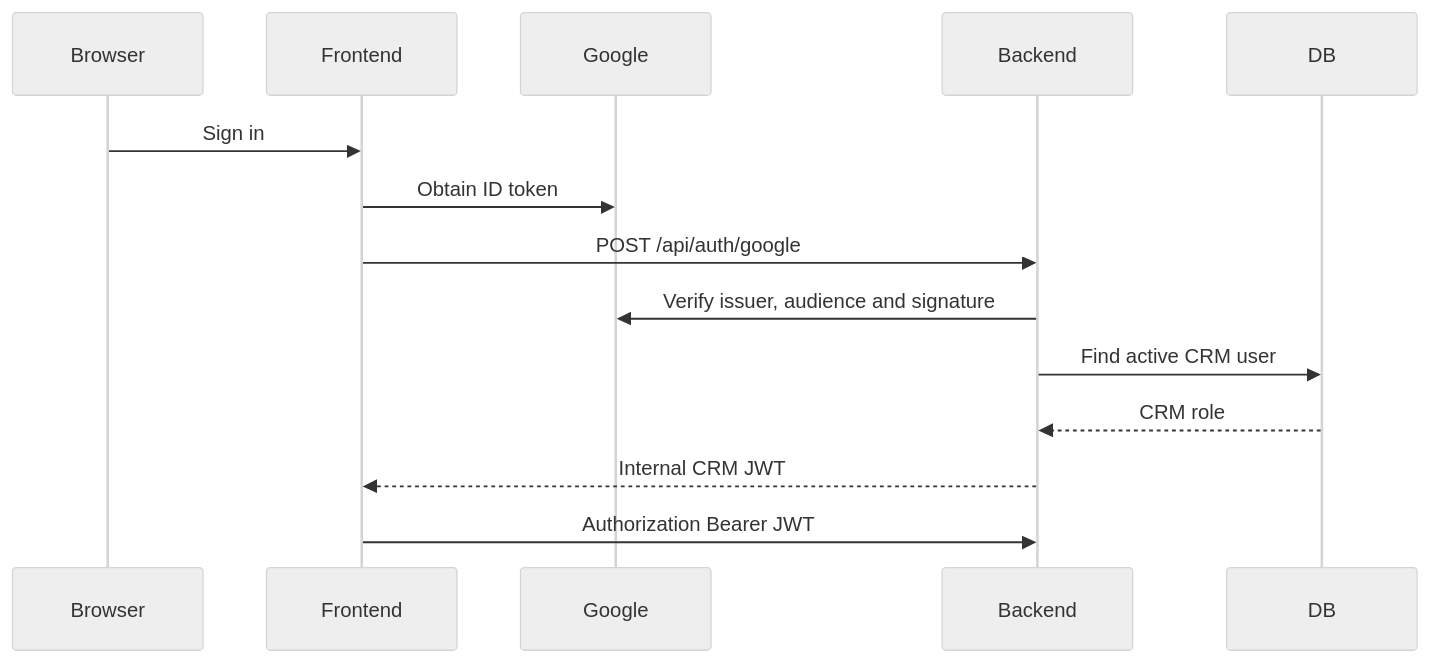
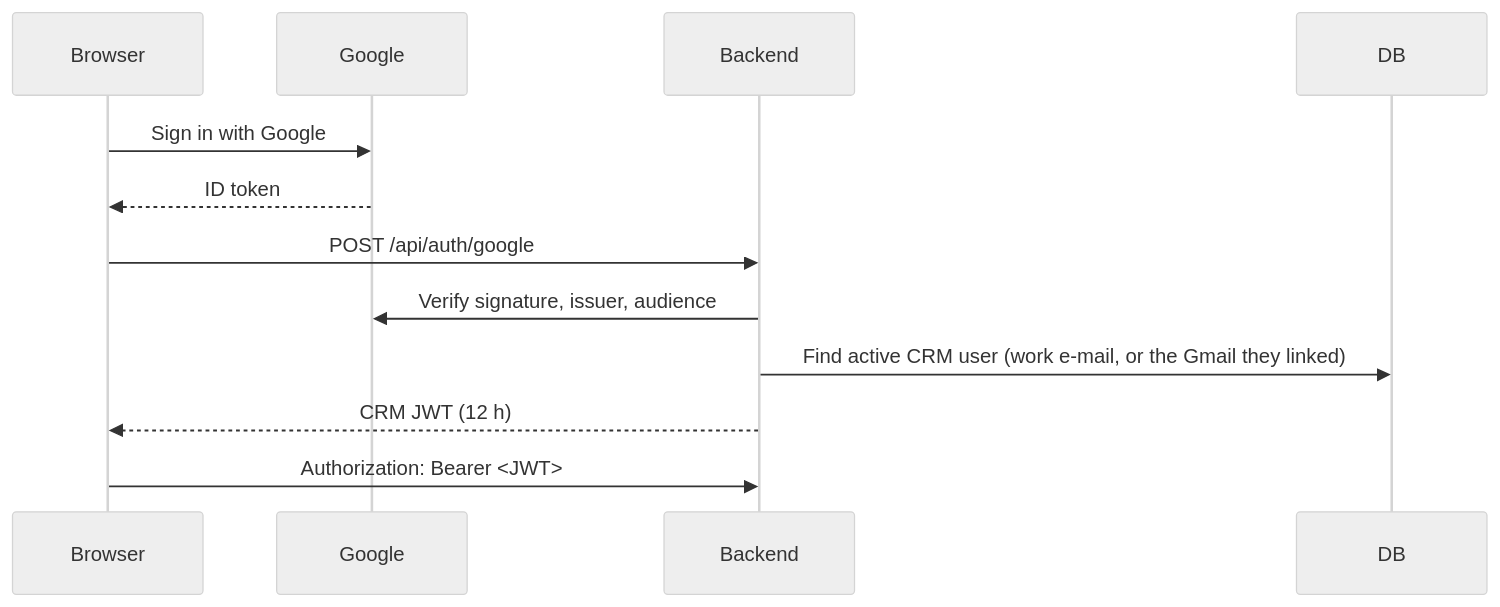
One commit to Isodynamicakash/Crm_Prosperr_backend changed the third of 7 diagrams in README.md. Above: the diagram before and after it, drawn with Mermaid (neutral theme). The commit also changed other lines of this file, not shown here.

First line of the commit message:
Rewrite the backend README as a reader-first guide

````diff
--- a/README.md
+++ b/README.md
@@ -280,17 +170,14 @@
 ```mermaid
 sequenceDiagram
   participant Browser
-  participant Frontend
   participant Google
-  participant Backend
+  participant API as Backend
   participant DB
-
-  Browser->>Frontend: Sign in
-  Frontend->>Google: Obtain ID token
-  Frontend->>Backend: POST /api/auth/google
-  Backend->>Google: Verify issuer, audience and signature
-  Backend->>DB: Find active CRM user
-  DB-->>Backend: CRM role
-  Backend-->>Frontend: Internal CRM JWT
-  Frontend->>Backend: Authorization Bearer JWT
+  Browser->>Google: Sign in with Google
+  Google-->>Browser: ID token
+  Browser->>API: POST /api/auth/google
+  API->>Google: Verify signature, issuer, audience
+  API->>DB: Find active CRM user (work e-mail, or the Gmail they linked)
+  API-->>Browser: CRM JWT (12 h)
+  Browser->>API: Authorization: Bearer <JWT>
 ```
````
